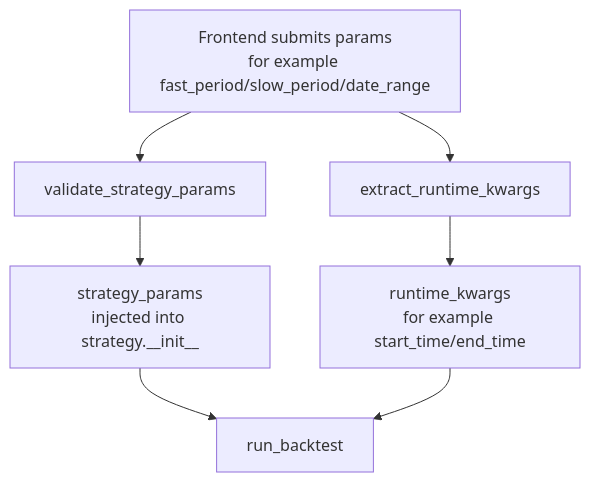
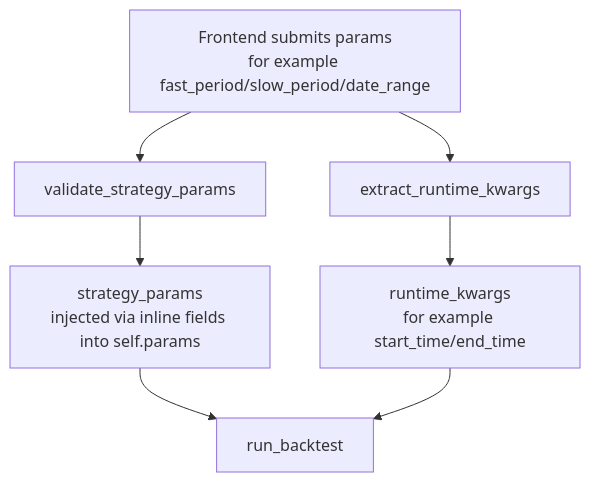
The diagram in docs/en/guide/examples.md (akfamily/akquant), drawn with Mermaid before and after one commit. The commit also changed other lines of this file and 7 other files, not shown here.

````diff
--- a/docs/en/guide/examples.md
+++ b/docs/en/guide/examples.md
@@ -60,9 +60,9 @@
 ```mermaid
 flowchart TD
     A[Frontend submits params<br/>for example fast_period/slow_period/date_range] --> B[validate_strategy_params]
-    B --> C[strategy_params<br/>injected into strategy.__init__]
+    B --> C[strategy_params<br/>injected via inline fields into self.params]
     A --> D[extract_runtime_kwargs]
     D --> E[runtime_kwargs<br/>for example start_time/end_time]
     C --> F[run_backtest]
     E --> F
 ```
````
